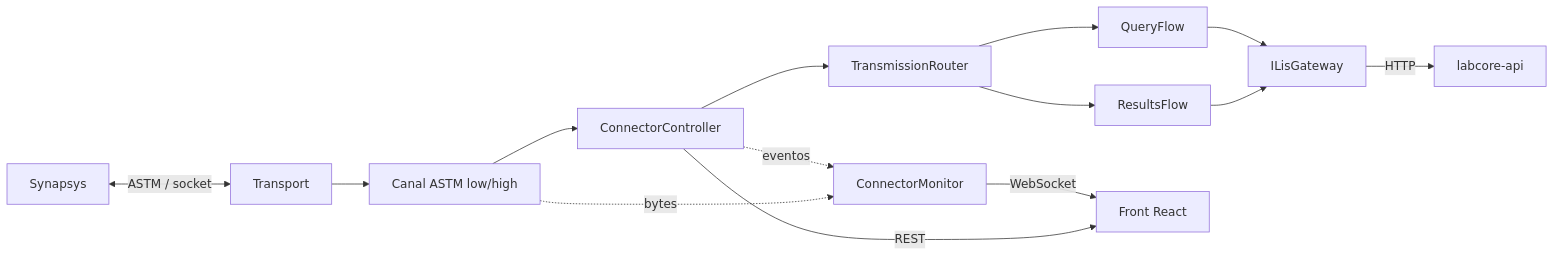
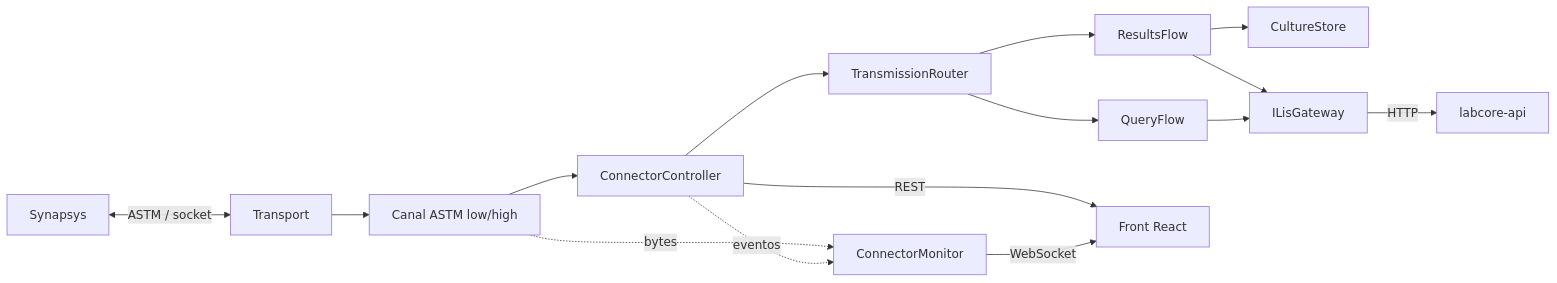
Before and after one commit to gjonsson-arenco/custom-conector-synapsys-astm: the first of 4 diagrams in docs/architecture.md, drawn with Mermaid. The commit also changed other lines of this file and 16 other files, not shown here.

````diff
--- a/docs/architecture.md
+++ b/docs/architecture.md
@@ -9,16 +9,17 @@
 ```mermaid
 flowchart LR
     S[Synapsys] <-->|ASTM / socket| T[Transport]
     T --> C[Canal ASTM low/high]
     C --> W[ConnectorController]
     W --> R[TransmissionRouter]
     R --> Q[QueryFlow]
     R --> RF[ResultsFlow]
+    RF --> CS[CultureStore]
     Q --> G[ILisGateway]
     RF --> G
     G -->|HTTP| L[labcore-api]
     W -.eventos.-> M[ConnectorMonitor]
     C -.bytes.-> M
     M -->|WebSocket| F[Front React]
     W -->|REST| F
 ```
````
